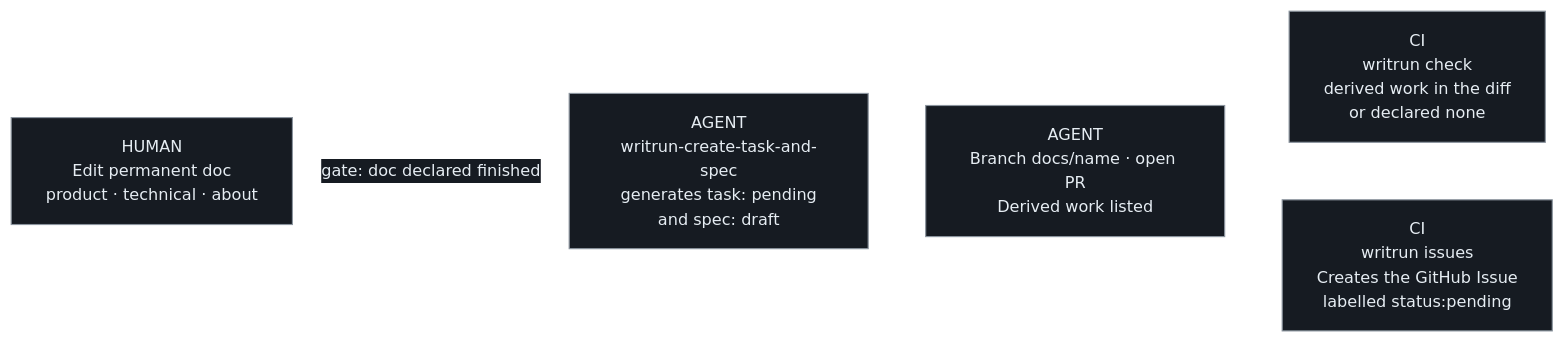
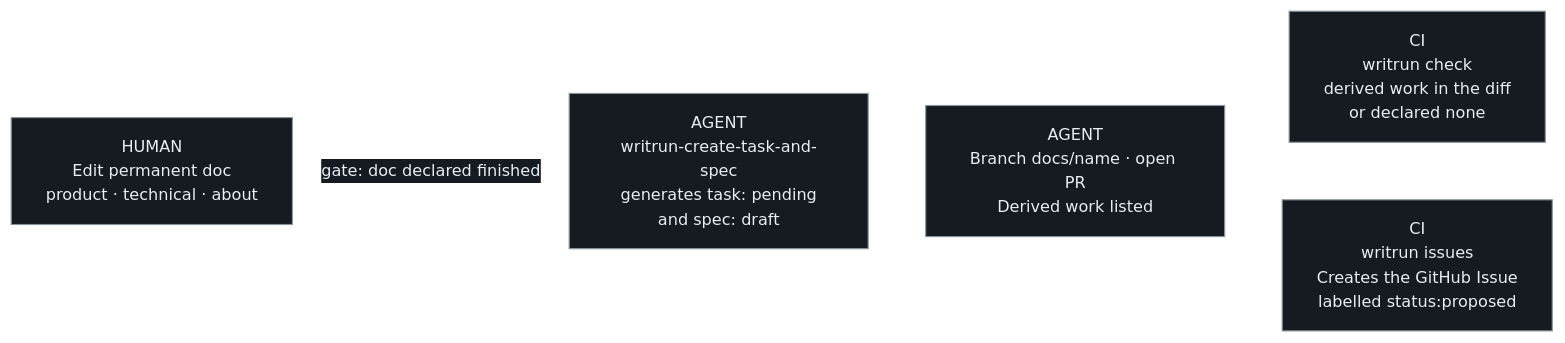
One commit to thomasfranke/writrun changed the first of 9 diagrams in docs/product/pipeline.md. Above: the diagram before and after it, drawn with Mermaid. The commit also changed other lines of this file and 3 other files, not shown here.

````diff
--- a/docs/product/pipeline.md
+++ b/docs/product/pipeline.md
@@ -99,11 +132,11 @@
 ```mermaid
 %%{init: {'theme':'base','themeVariables':{'background':'#0d1117','primaryColor':'#161b22','primaryTextColor':'#e6edf3','primaryBorderColor':'#8b949e','lineColor':'#ffffff','secondaryColor':'#161b22','tertiaryColor':'#161b22','fontSize':'14px'}}}%%
 flowchart LR
     A["HUMAN<br/>Edit permanent doc<br/>product · technical · about"]
     B["AGENT<br/>writrun-create-task-and-spec<br/>generates task: pending<br/>and spec: draft"]
     C["AGENT<br/>Branch docs/name · open PR<br/>Derived work listed"]
     D["CI<br/>writrun check<br/>derived work in the diff<br/>or declared none"]
-    E["CI<br/>writrun issues<br/>Creates the GitHub Issue<br/>labelled status:pending"]
+    E["CI<br/>writrun issues<br/>Creates the GitHub Issue<br/>labelled status:proposed"]
     A -->|"gate: doc declared finished"| B --> C --> D
     C --> E
 ```
````
